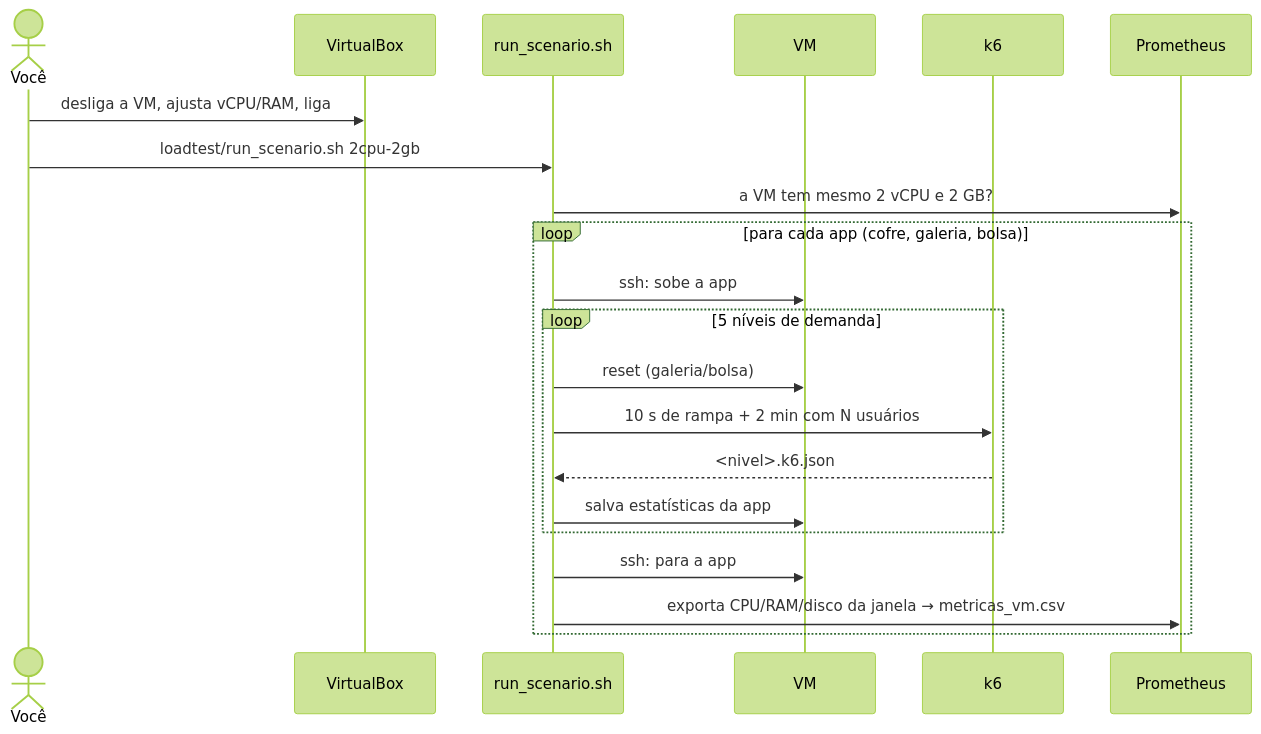
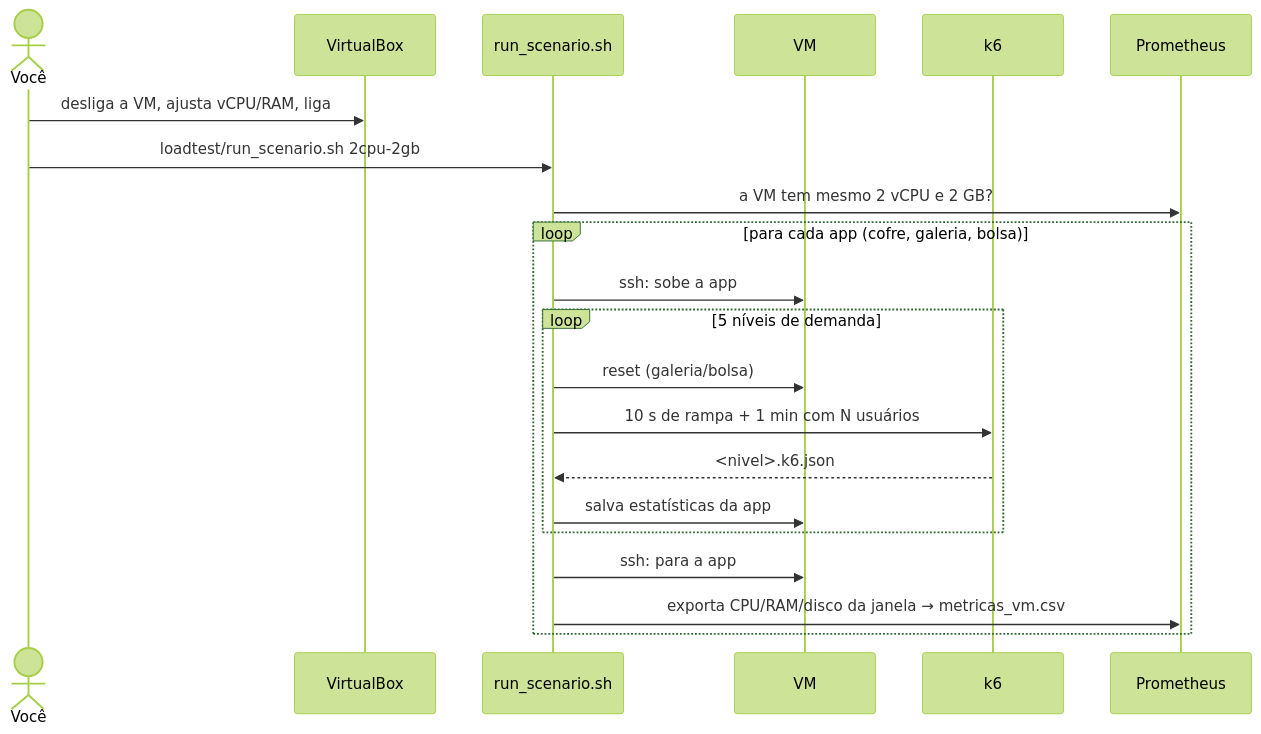
One commit to POI-pevieu/POI-lab-01 changed the second of 2 diagrams in README.md. Above: the diagram before and after it, drawn with Mermaid (forest theme). The commit also changed other lines of this file and 11 other files, not shown here.

````diff
--- a/README.md
+++ b/README.md
@@ -62,24 +62,24 @@
 ```mermaid
 sequenceDiagram
     actor Voce as Você
     participant VB as VirtualBox
     participant RS as run_scenario.sh
     participant VM as VM
     participant K6 as k6
     participant P as Prometheus
 
     Voce->>VB: desliga a VM, ajusta vCPU/RAM, liga
     Voce->>RS: loadtest/run_scenario.sh 2cpu-2gb
     RS->>P: a VM tem mesmo 2 vCPU e 2 GB?
     loop para cada app (cofre, galeria, bolsa)
         RS->>VM: ssh: sobe a app
         loop 5 níveis de demanda
             RS->>VM: reset (galeria/bolsa)
-            RS->>K6: 10 s de rampa + 2 min com N usuários
+            RS->>K6: 10 s de rampa + 1 min com N usuários
             K6-->>RS: <nivel>.k6.json
             RS->>VM: salva estatísticas da app
         end
         RS->>VM: ssh: para a app
         RS->>P: exporta CPU/RAM/disco da janela → metricas_vm.csv
     end
 ```
````
